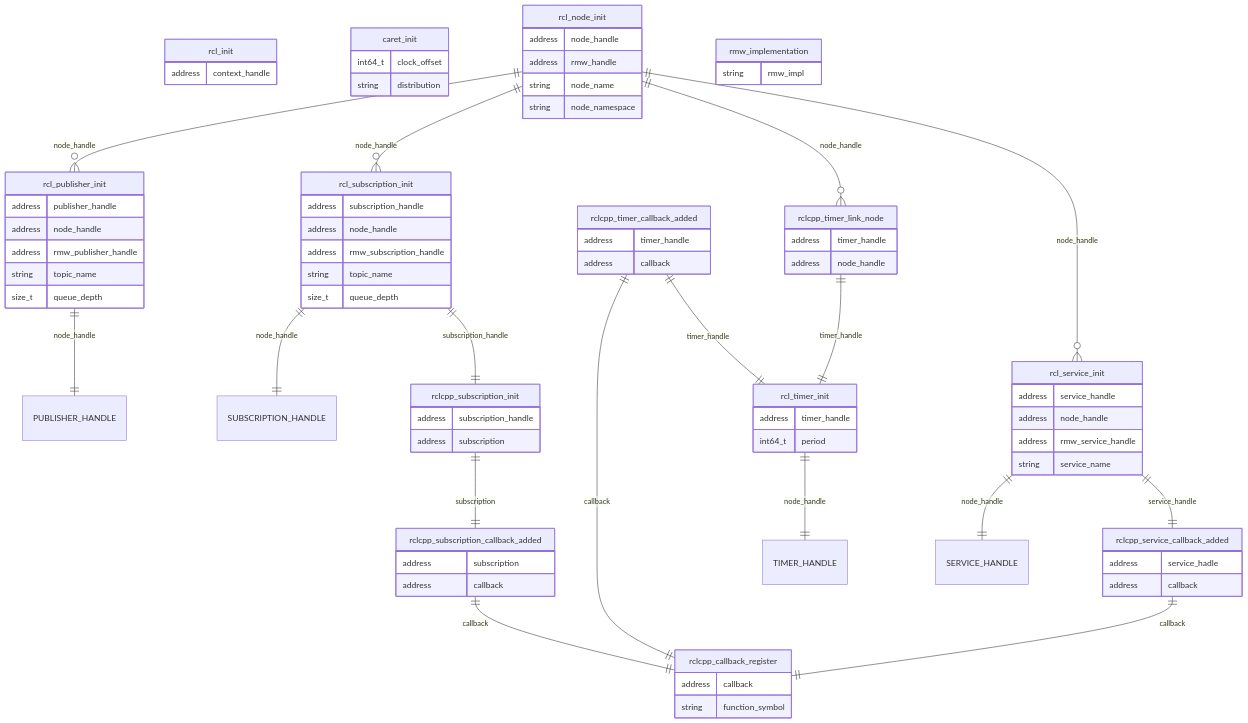
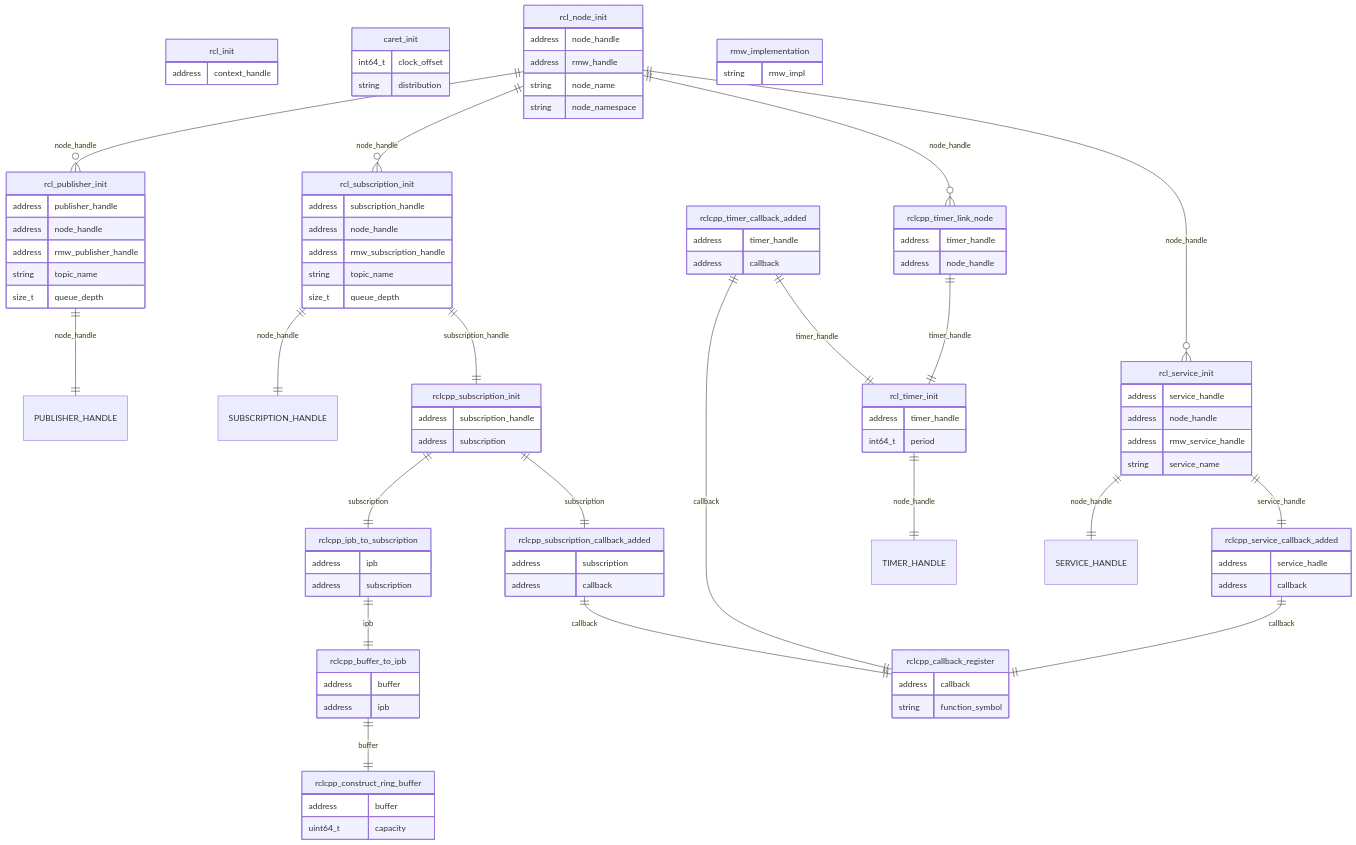
Before and after one commit to tier4/caret_doc: the first of 2 diagrams in docs/design/trace_points/initialization_trace_points.md, drawn with Mermaid. The commit also changed other lines of this file and 5 other files, not shown here.

```diff
--- a/docs/design/trace_points/initialization_trace_points.md
+++ b/docs/design/trace_points/initialization_trace_points.md
@@ -81,6 +81,21 @@
  string function_symbol
  }
 
+ rclcpp_buffer_to_ipb{
+ address buffer
+ address ipb
+ }
+
+ rclcpp_ipb_to_subscription{
+ address ipb
+ address subscription
+ }
+
+ rclcpp_construct_ring_buffer{
+ address buffer
+ uint64_t capacity
+ }
+
  rmw_implementation{
  string rmw_impl
  }
@@ -95,6 +110,10 @@
     rcl_timer_init ||--|| TIMER_HANDLE : node_handle
     rcl_service_init ||--|| SERVICE_HANDLE : node_handle
 
+    rclcpp_subscription_init ||--|| rclcpp_ipb_to_subscription : subscription
+    rclcpp_ipb_to_subscription ||--|| rclcpp_buffer_to_ipb : ipb
+    rclcpp_buffer_to_ipb ||--|| rclcpp_construct_ring_buffer : buffer
+
     rcl_subscription_init ||--|| rclcpp_subscription_init : subscription_handle
     rclcpp_subscription_init ||--|| rclcpp_subscription_callback_added : subscription
 
```
